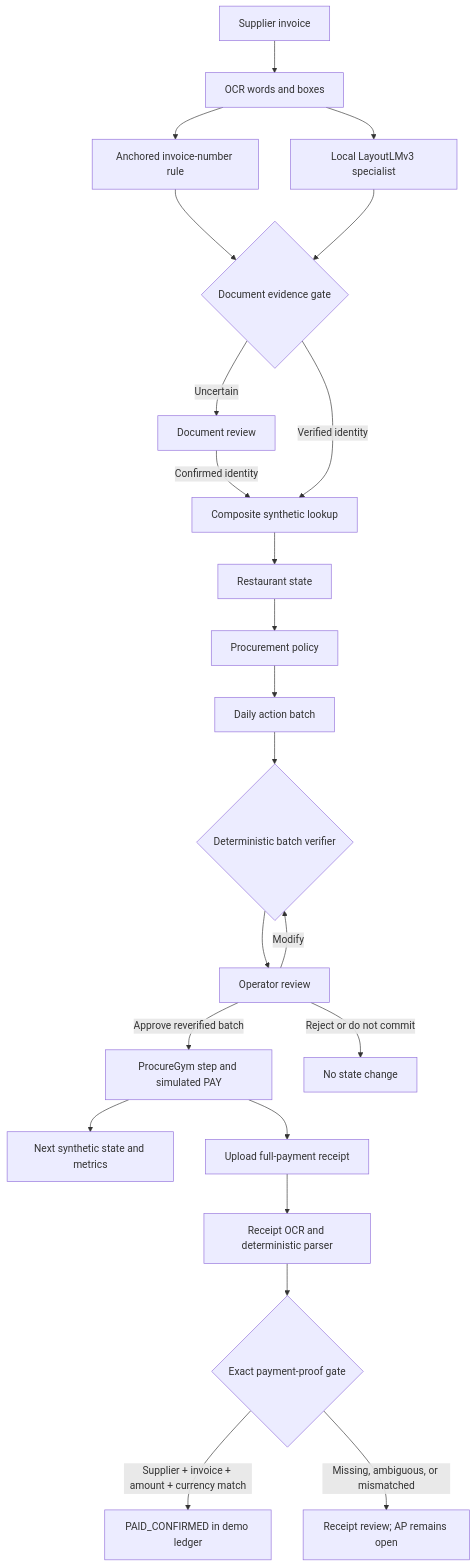
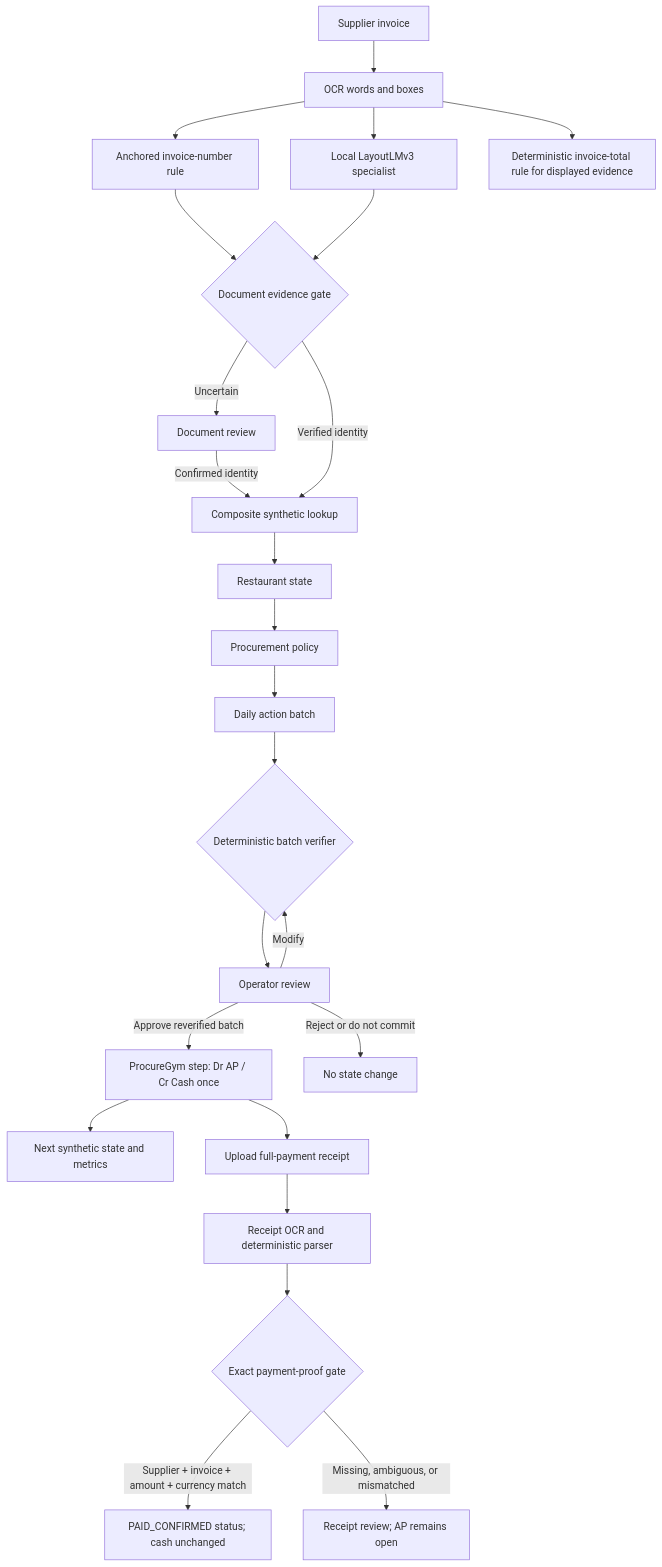
One commit to sasap91/invoiceagent changed the first of 2 diagrams in docs/PRD.md. Above: the diagram before and after it, drawn with Mermaid. The commit also changed other lines of this file and 13 other files, not shown here.

Commit message:
feat: ship guided invoice-to-receipt demo

```diff
--- a/docs/PRD.md
+++ b/docs/PRD.md
@@ -172,25 +182,26 @@
 ~~~mermaid
 flowchart TD
     A[Supplier invoice] --> B[OCR words and boxes]
     B --> C[Anchored invoice-number rule]
     B --> D[Local LayoutLMv3 specialist]
+    B --> U[Deterministic invoice-total rule for displayed evidence]
     C --> E{Document evidence gate}
     D --> E
     E -->|Uncertain| F[Document review]
     F -->|Confirmed identity| G[Composite synthetic lookup]
     E -->|Verified identity| G
     G --> H[Restaurant state]
     H --> I[Procurement policy]
     I --> J[Daily action batch]
     J --> K{Deterministic batch verifier}
     K --> L[Operator review]
     L -->|Modify| K
-    L -->|Approve reverified batch| M[ProcureGym step and simulated PAY]
+    L -->|Approve reverified batch| M[ProcureGym step: Dr AP / Cr Cash once]
     L -->|Reject or do not commit| N[No state change]
     M --> O[Next synthetic state and metrics]
     M --> P[Upload full-payment receipt]
     P --> Q[Receipt OCR and deterministic parser]
     Q --> R{Exact payment-proof gate}
-    R -->|Supplier + invoice + amount + currency match| S[PAID_CONFIRMED in demo ledger]
+    R -->|Supplier + invoice + amount + currency match| S[PAID_CONFIRMED status; cash unchanged]
     R -->|Missing, ambiguous, or mismatched| T[Receipt review; AP remains open]
 ~~~
```
